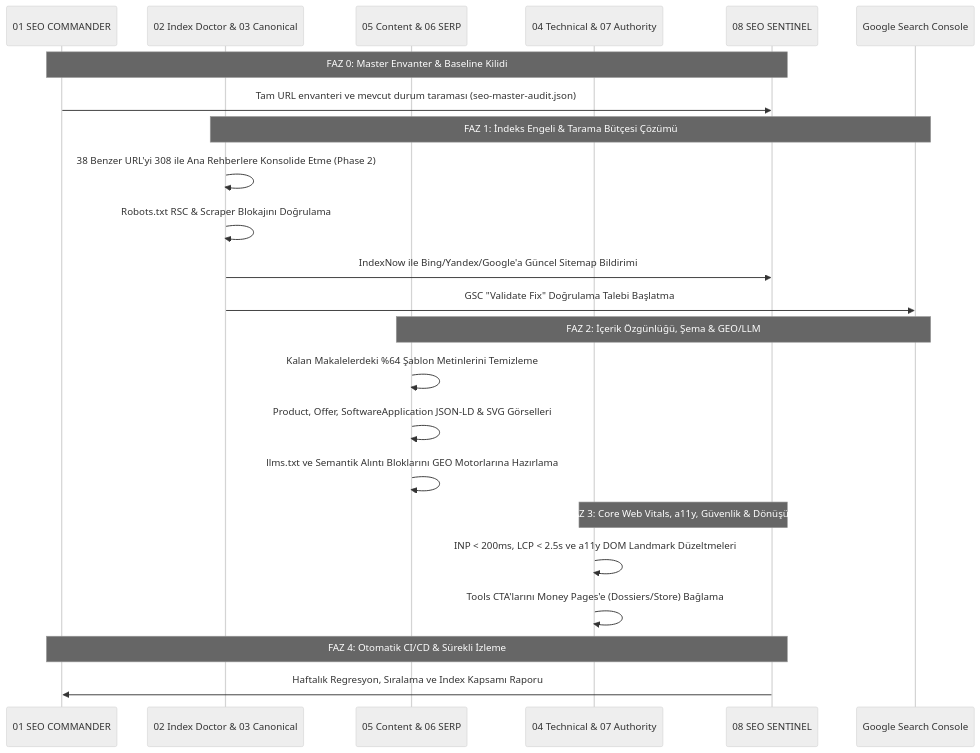
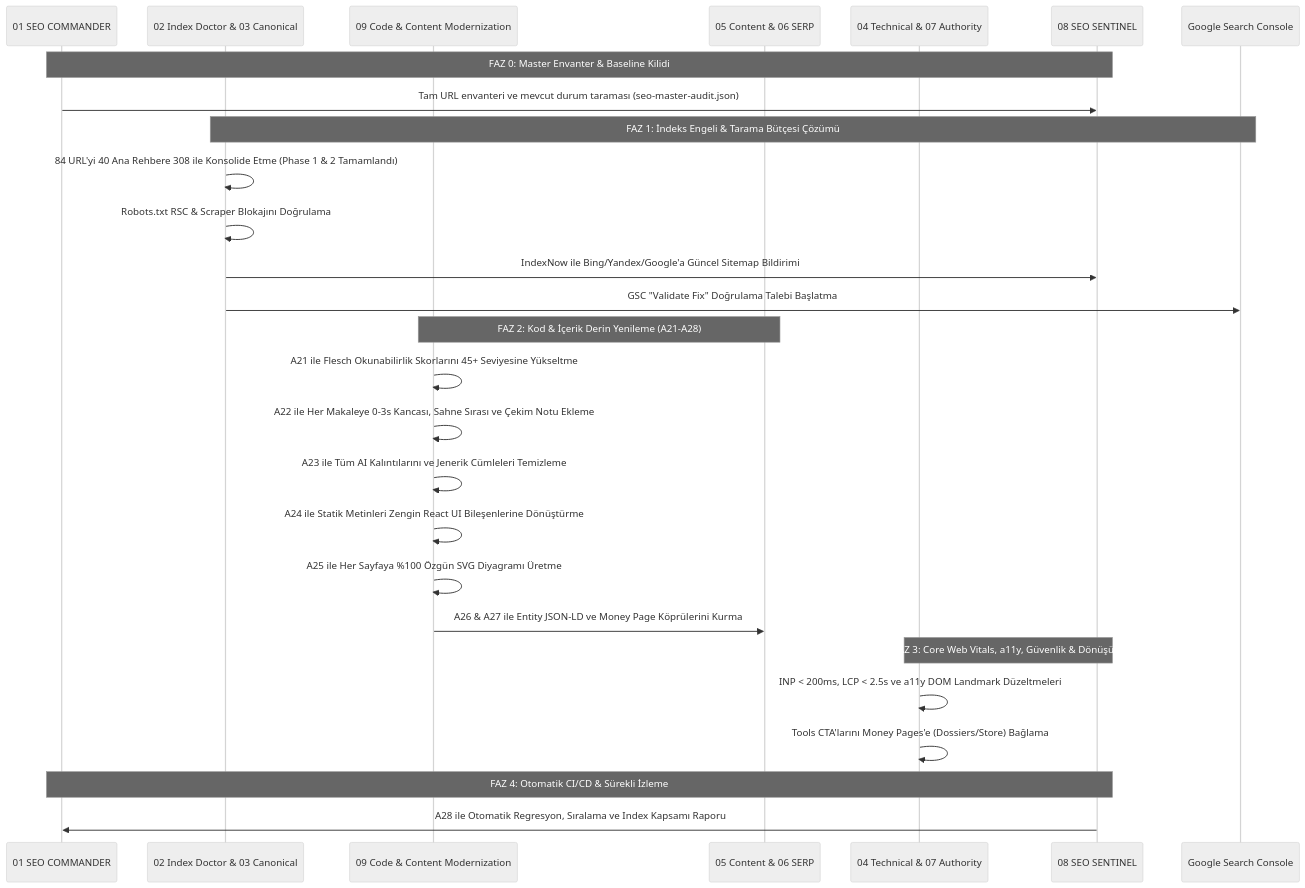
Before and after one commit to kagankartal33/anomalybox: the third of 3 diagrams in docs/seo/master_seo_site_indexation_audit_report.md, drawn with Mermaid (neutral theme). The commit also changed other lines of this file and 49 other files, not shown here.

Commit message:
feat(seo): 9-division 35-agent master modernization, content readability polish across 38 files, and report sync

````diff
--- a/docs/seo/master_seo_site_indexation_audit_report.md
+++ b/docs/seo/master_seo_site_indexation_audit_report.md
@@ -95,30 +164,34 @@
 ```mermaid
 sequenceDiagram
     participant C1 as 01 SEO COMMANDER
     participant D2_3 as 02 Index Doctor & 03 Canonical
+    participant D9 as 09 Code & Content Modernization
     participant D5_6 as 05 Content & 06 SERP
     participant D4_7 as 04 Technical & 07 Authority
     participant S8 as 08 SEO SENTINEL
     participant GSC as Google Search Console
     
     Note over C1,S8: FAZ 0: Master Envanter & Baseline Kilidi
     C1->>S8: Tam URL envanteri ve mevcut durum taraması (seo-master-audit.json)
     
     Note over D2_3,GSC: FAZ 1: İndeks Engeli & Tarama Bütçesi Çözümü
-    D2_3->>D2_3: 38 Benzer URL'yi 308 ile Ana Rehberlere Konsolide Etme (Phase 2)
+    D2_3->>D2_3: 84 URL'yi 40 Ana Rehbere 308 ile Konsolide Etme (Phase 1 & 2 Tamamlandı)
     D2_3->>D2_3: Robots.txt RSC & Scraper Blokajını Doğrulama
     D2_3->>S8: IndexNow ile Bing/Yandex/Google'a Güncel Sitemap Bildirimi
     D2_3->>GSC: GSC "Validate Fix" Doğrulama Talebi Başlatma
     
-    Note over D5_6,GSC: FAZ 2: İçerik Özgünlüğü, Şema & GEO/LLM
-    D5_6->>D5_6: Kalan Makalelerdeki %64 Şablon Metinlerini Temizleme
-    D5_6->>D5_6: Product, Offer, SoftwareApplication JSON-LD & SVG Görselleri
-    D5_6->>D5_6: llms.txt ve Semantik Alıntı Bloklarını GEO Motorlarına Hazırlama
+    Note over D9,D5_6: FAZ 2: Kod & İçerik Derin Yenileme (A21-A28)
+    D9->>D9: A21 ile Flesch Okunabilirlik Skorlarını 45+ Seviyesine Yükseltme
+    D9->>D9: A22 ile Her Makaleye 0-3s Kancası, Sahne Sırası ve Çekim Notu Ekleme
+    D9->>D9: A23 ile Tüm AI Kalıntılarını ve Jenerik Cümleleri Temizleme
+    D9->>D9: A24 ile Statik Metinleri Zengin React UI Bileşenlerine Dönüştürme
+    D9->>D9: A25 ile Her Sayfaya %100 Özgün SVG Diyagramı Üretme
+    D9->>D5_6: A26 & A27 ile Entity JSON-LD ve Money Page Köprülerini Kurma
     
     Note over D4_7,S8: FAZ 3: Core Web Vitals, a11y, Güvenlik & Dönüşüm
     D4_7->>D4_7: INP < 200ms, LCP < 2.5s ve a11y DOM Landmark Düzeltmeleri
     D4_7->>D4_7: Tools CTA'larını Money Pages'e (Dossiers/Store) Bağlama
     
     Note over S8,C1: FAZ 4: Otomatik CI/CD & Sürekli İzleme
-    S8->>C1: Haftalık Regresyon, Sıralama ve Index Kapsamı Raporu
+    S8->>C1: A28 ile Otomatik Regresyon, Sıralama ve Index Kapsamı Raporu
 ```
````
